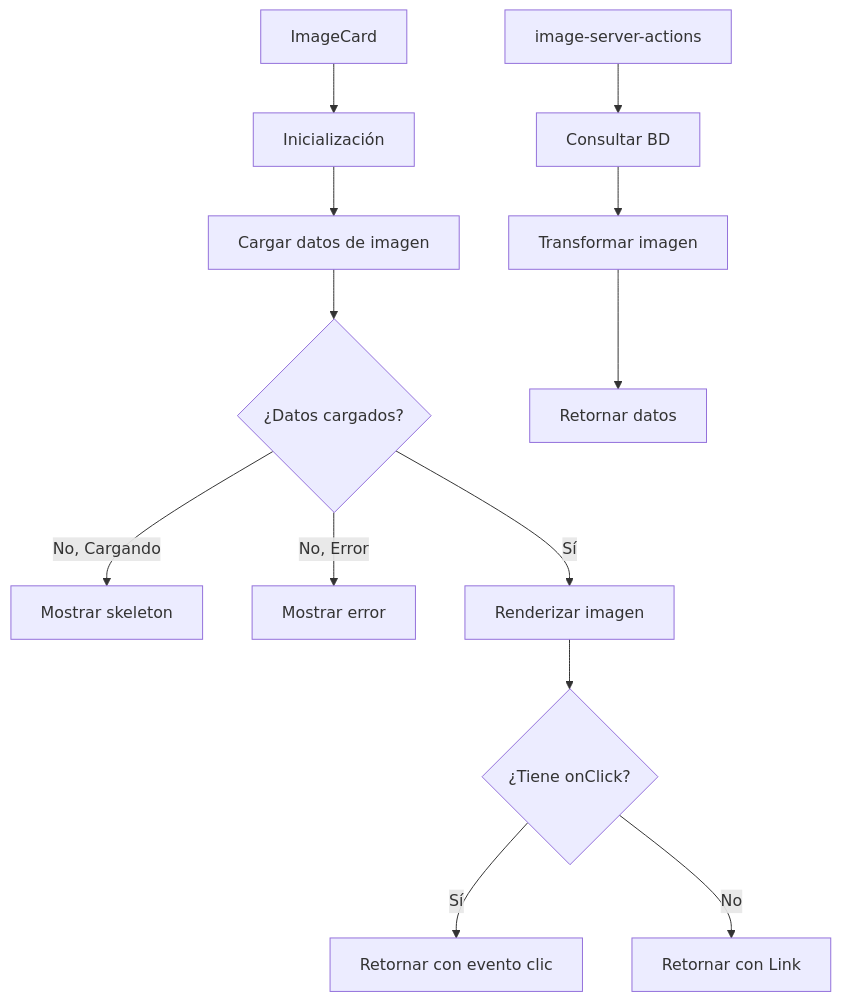
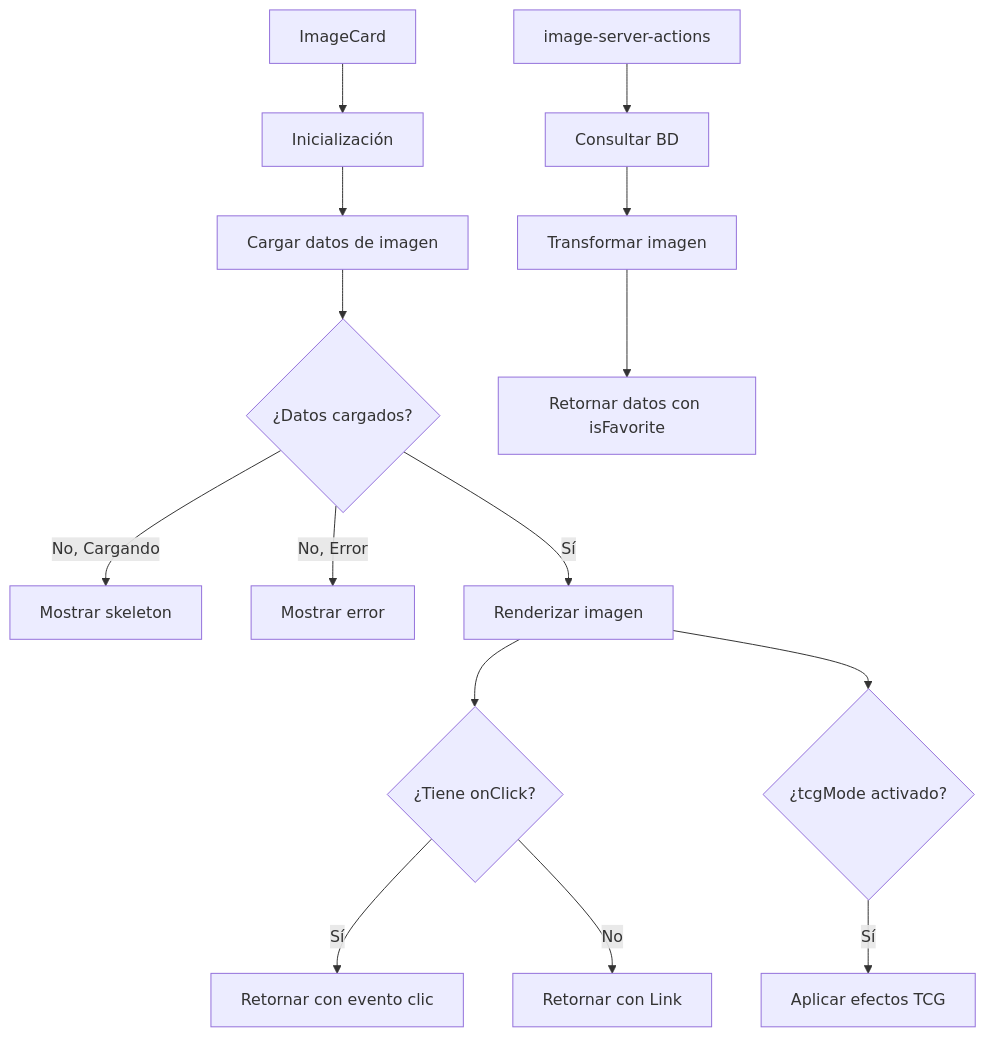
The diagram in src/components/cards/image-card/README.md (gvastethecreator/media-manager), drawn with Mermaid before and after one commit. The commit also changed other lines of this file and 244 other files, not shown here.

````diff
--- a/src/components/cards/image-card/README.md
+++ b/src/components/cards/image-card/README.md
@@ -20,16 +24,18 @@
 ```mermaid
 graph TD
     A[ImageCard] --> B[Inicialización]
     B --> C[Cargar datos de imagen]
     C --> D{¿Datos cargados?}
     D -->|No, Cargando| E[Mostrar skeleton]
     D -->|No, Error| F[Mostrar error]
     D -->|Sí| G[Renderizar imagen]
     G --> H{¿Tiene onClick?}
     H -->|Sí| I[Retornar con evento clic]
     H -->|No| J[Retornar con Link]
+    G --> K{¿tcgMode activado?}
+    K -->|Sí| L[Aplicar efectos TCG]
 
-    K[image-server-actions] --> L[Consultar BD]
-    L --> M[Transformar imagen]
-    M --> N[Retornar datos]
+    M[image-server-actions] --> N[Consultar BD]
+    N --> O[Transformar imagen]
+    O --> P[Retornar datos con isFavorite]
 ```
````
